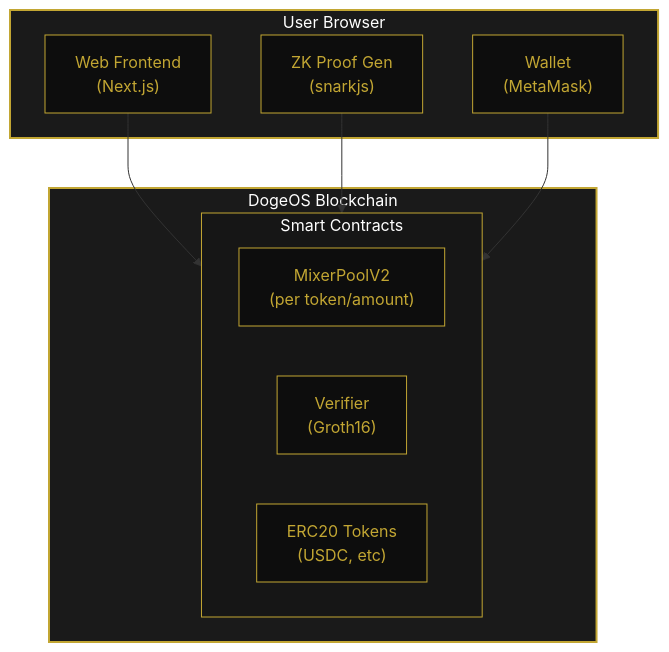
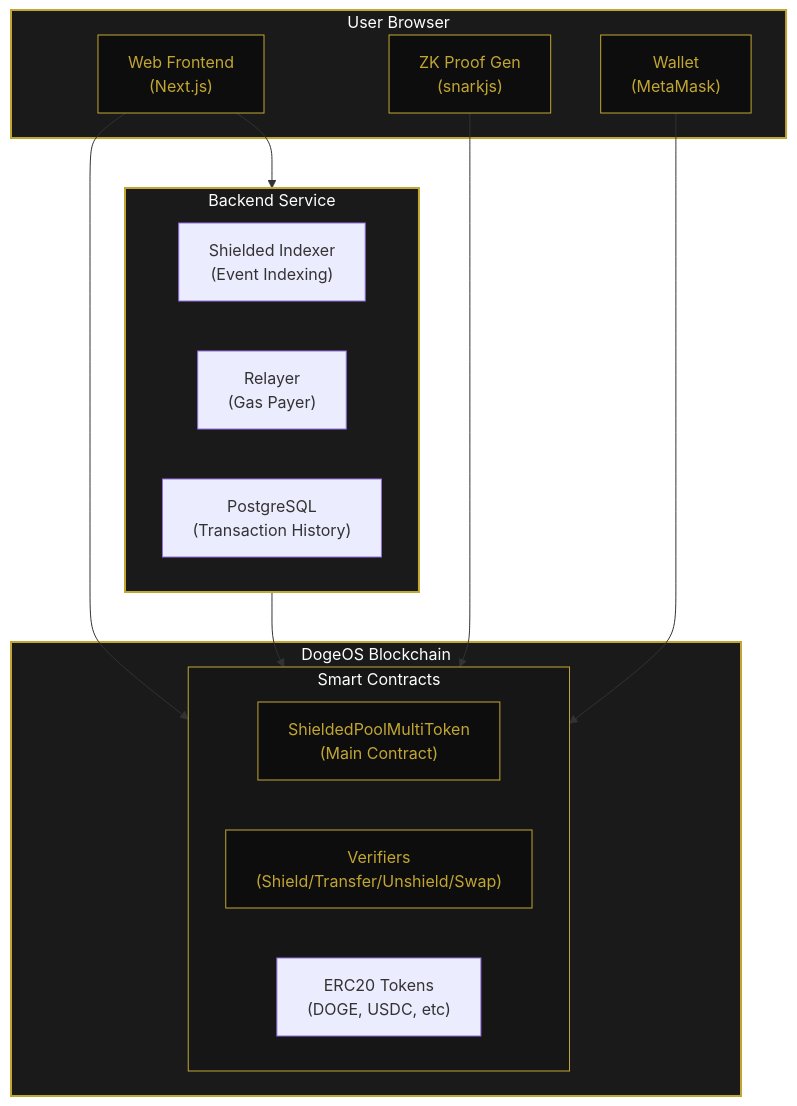
One commit to notfartdev/zdoge changed the diagram in docs/docs/technical/architecture.md. Above: the diagram before and after it, drawn with Mermaid. The commit also changed other lines of this file and 28 other files, not shown here.

Commit message:
Complete rebrand to zDoge: Update docs, backend CORS, and domain configuration - Update all documentation to zDoge branding and shielded system - Update backend CORS to allow zdoge.cash - Remove mixer system references - Add domain migration guides

````diff
--- a/docs/docs/technical/architecture.md
+++ b/docs/docs/technical/architecture.md
@@ -13,30 +13,38 @@
 ```mermaid
 graph TB
     subgraph Browser["User Browser"]
         Frontend["Web Frontend<br/>(Next.js)"]
         ZKProof["ZK Proof Gen<br/>(snarkjs)"]
         Wallet["Wallet<br/>(MetaMask)"]
     end
     
     subgraph Blockchain["DogeOS Blockchain"]
         subgraph Contracts["Smart Contracts"]
-            Mixer["MixerPoolV2<br/>(per token/amount)"]
-            Verifier["Verifier<br/>(Groth16)"]
-            ERC20["ERC20 Tokens<br/>(USDC, etc)"]
+            ShieldedPool["ShieldedPoolMultiToken<br/>(Main Contract)"]
+            Verifiers["Verifiers<br/>(Shield/Transfer/Unshield/Swap)"]
+            Tokens["ERC20 Tokens<br/>(DOGE, USDC, etc)"]
         end
+    end
+    
+    subgraph Backend["Backend Service"]
+        Indexer["Shielded Indexer<br/>(Event Indexing)"]
+        Relayer["Relayer<br/>(Gas Payer)"]
+        Database["PostgreSQL<br/>(Transaction History)"]
     end
     
     Frontend --> Contracts
     ZKProof --> Contracts
     Wallet --> Contracts
+    Frontend --> Backend
+    Backend --> Contracts
     
     style Browser fill:#1a1a1a,stroke:#C2A633,stroke-width:2px,color:#fff
     style Blockchain fill:#1a1a1a,stroke:#C2A633,stroke-width:2px,color:#fff
+    style Backend fill:#1a1a1a,stroke:#C2A633,stroke-width:2px,color:#fff
     style Contracts fill:#161616,stroke:#C2A633,stroke-width:1px,color:#fff
     style Frontend fill:#0d0d0d,stroke:#C2A633,stroke-width:1px,color:#C2A633
     style ZKProof fill:#0d0d0d,stroke:#C2A633,stroke-width:1px,color:#C2A633
     style Wallet fill:#0d0d0d,stroke:#C2A633,stroke-width:1px,color:#C2A633
-    style Mixer fill:#0d0d0d,stroke:#C2A633,stroke-width:1px,color:#C2A633
-    style Verifier fill:#0d0d0d,stroke:#C2A633,stroke-width:1px,color:#C2A633
-    style ERC20 fill:#0d0d0d,stroke:#C2A633,stroke-width:1px,color:#C2A633
+    style ShieldedPool fill:#0d0d0d,stroke:#C2A633,stroke-width:1px,color:#C2A633
+    style Verifiers fill:#0d0d0d,stroke:#C2A633,stroke-width:1px,color:#C2A633
 ```
````
